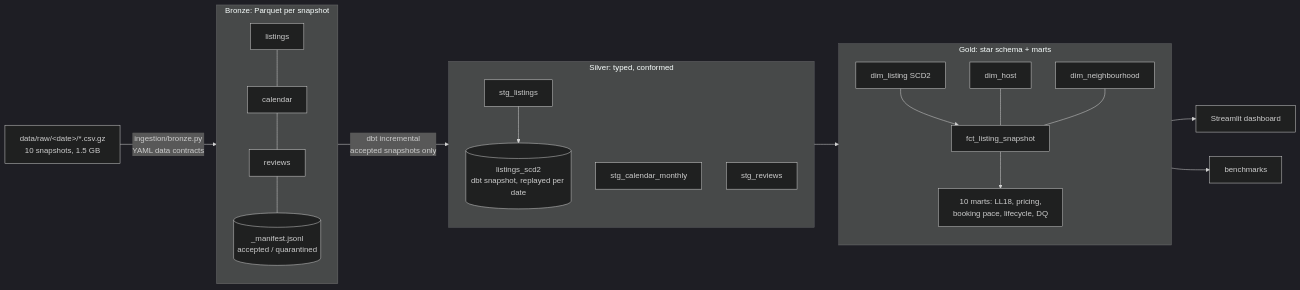
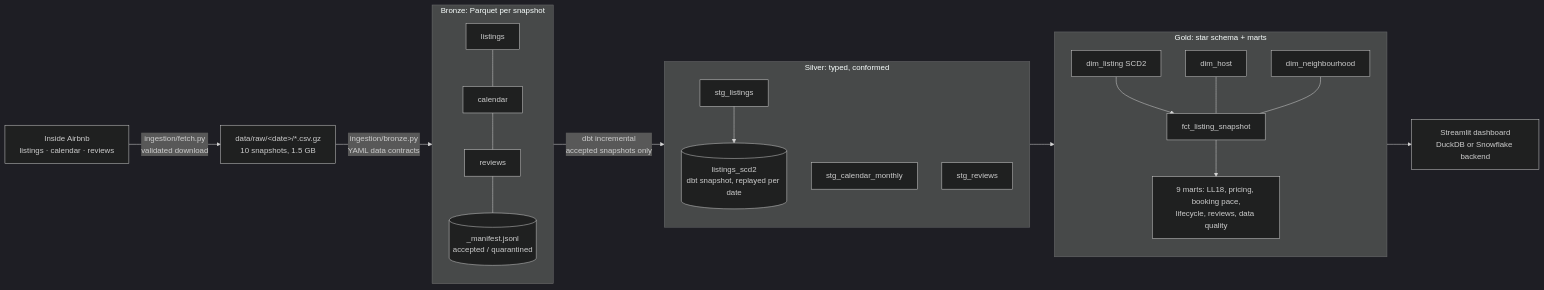
Before and after one commit to Nezz23/airbnb-analytics-warehouse: the first of 2 diagrams in README.md, drawn with Mermaid (dark theme). The commit also changed other lines of this file, not shown here.

````diff
--- a/README.md
+++ b/README.md
@@ -7,21 +30,21 @@
 ```mermaid
 flowchart LR
+  src["Inside Airbnb<br/>listings · calendar · reviews"] -->|"ingestion/fetch.py<br/>validated download"| raw
   raw["data/raw/&lt;date&gt;/*.csv.gz<br/>10 snapshots, 1.5 GB"] -->|"ingestion/bronze.py<br/>YAML data contracts"| bronze
   subgraph bronze["Bronze: Parquet per snapshot"]
     b1[listings] --- b2[calendar] --- b3[reviews] --- man[(_manifest.jsonl<br/>accepted / quarantined)]
   end
   bronze -->|"dbt incremental<br/>accepted snapshots only"| silver
   subgraph silver["Silver: typed, conformed"]
     s1[stg_listings] --> scd[(listings_scd2<br/>dbt snapshot, replayed per date)]
     s2[stg_calendar_monthly]
     s3[stg_reviews]
   end
   silver --> gold
   subgraph gold["Gold: star schema + marts"]
     d1[dim_listing SCD2] --> f1[fct_listing_snapshot]
     d2[dim_host] & d3[dim_neighbourhood] --- f1
-    f1 --> m[10 marts: LL18, pricing,<br/>booking pace, lifecycle, DQ]
+    f1 --> m[9 marts: LL18, pricing, booking pace,<br/>lifecycle, reviews, data quality]
   end
-  gold --> dash[Streamlit dashboard]
-  gold --> bench[benchmarks]
+  gold --> dash[Streamlit dashboard<br/>DuckDB or Snowflake backend]
 ```
````
